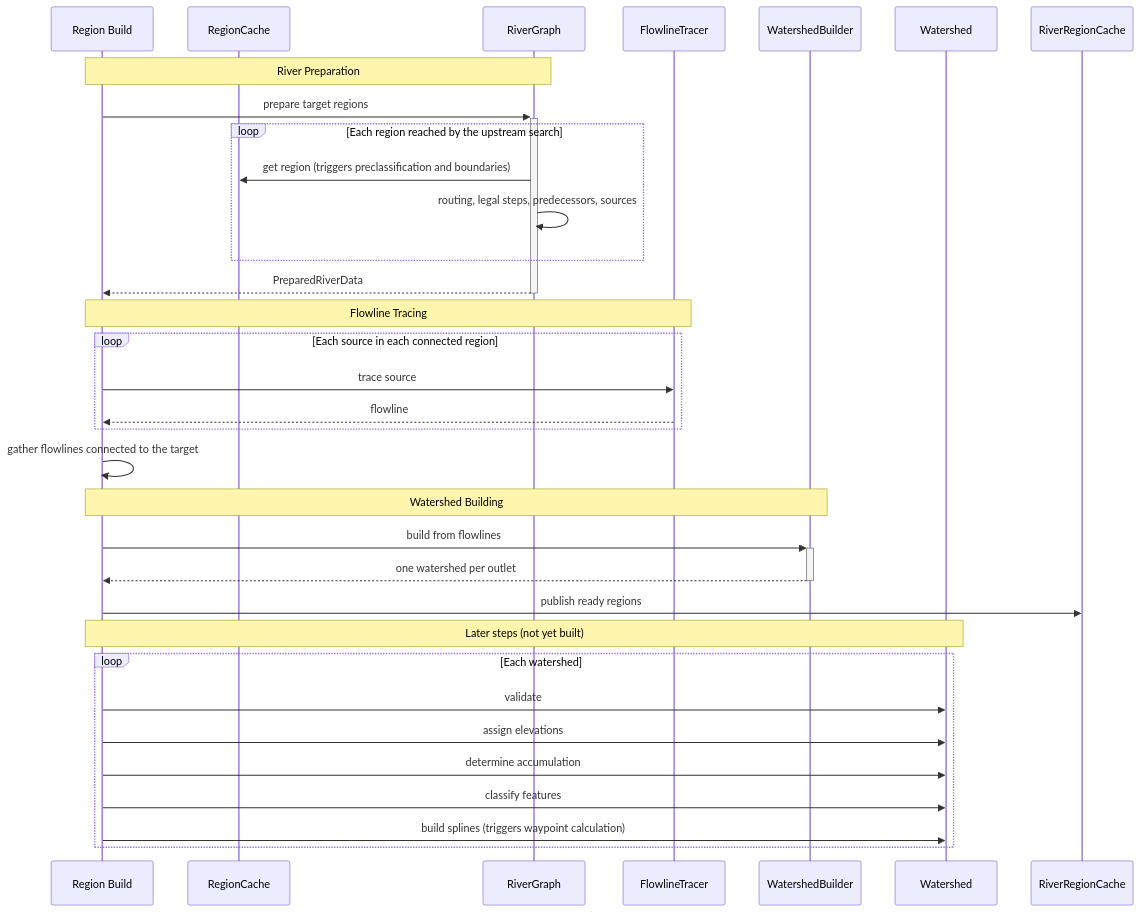
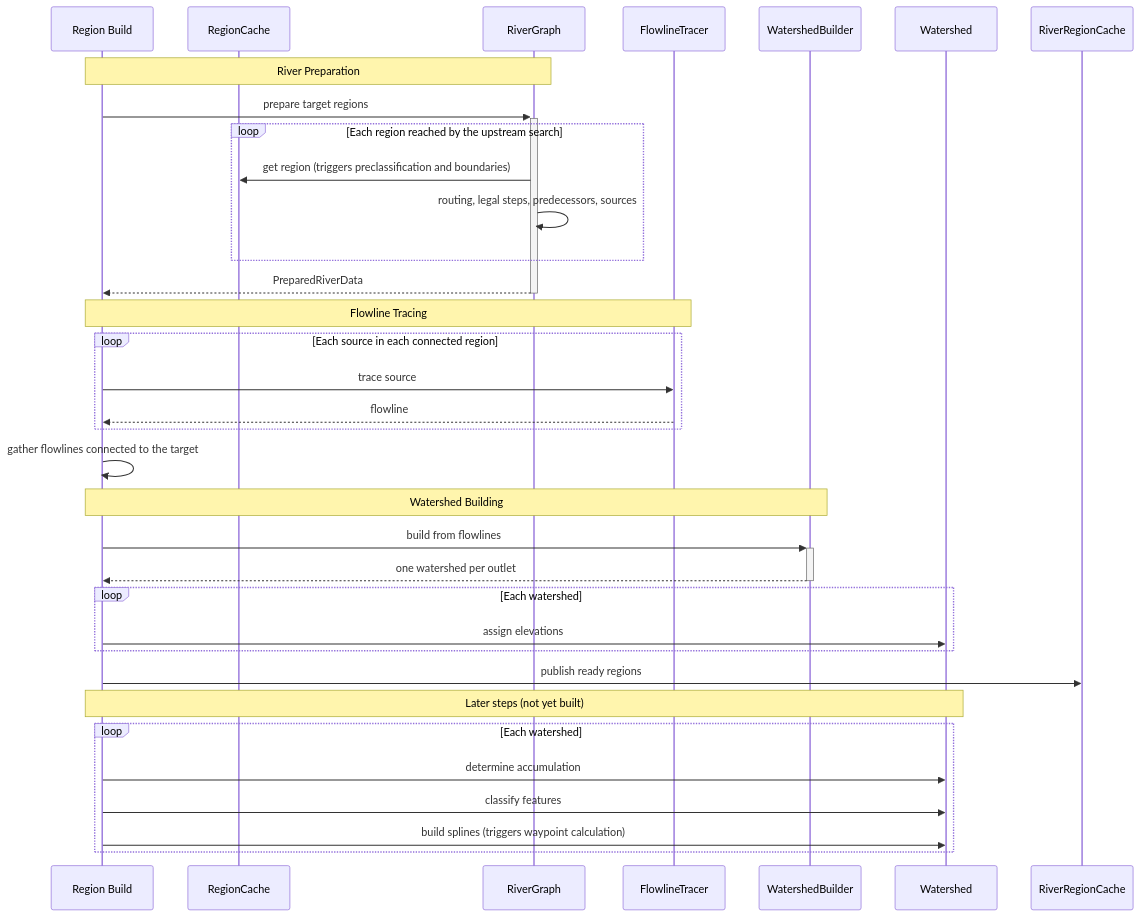
Before and after one commit to SoSly/RiverTale: the fourth of 20 diagrams in docs/features/rivers/Rough Diagrams.md, drawn with Mermaid. The commit also changed other lines of this file and 12 other files, not shown here.

Commit message:
feat: assign watershed elevations with a configurable minimum grade

````diff
--- a/docs/features/rivers/Rough Diagrams.md
+++ b/docs/features/rivers/Rough Diagrams.md
@@ -119,39 +119,41 @@
 ```mermaid
 sequenceDiagram
     participant Build as Region Build
     participant RegionCache
     participant RiverGraph
     participant FlowlineTracer
     participant WatershedBuilder
     participant Watershed
     participant RiverRegionCache
 
     Note over Build,RiverGraph: River Preparation
     Build ->>+ RiverGraph: prepare target regions
     loop Each region reached by the upstream search
         RiverGraph ->> RegionCache: get region (triggers preclassification and boundaries)
         RiverGraph ->> RiverGraph: routing, legal steps, predecessors, sources
     end
     RiverGraph -->>- Build: PreparedRiverData
 
     Note over Build,FlowlineTracer: Flowline Tracing
     loop Each source in each connected region
         Build ->> FlowlineTracer: trace source
         FlowlineTracer -->> Build: flowline
     end
     Build ->> Build: gather flowlines connected to the target
 
     Note over Build,WatershedBuilder: Watershed Building
     Build ->>+ WatershedBuilder: build from flowlines
     WatershedBuilder -->>- Build: one watershed per outlet
+
+    loop Each watershed
+        Build ->> Watershed: assign elevations
+    end
     Build ->> RiverRegionCache: publish ready regions
 
     Note over Build,Watershed: Later steps (not yet built)
     loop Each watershed
-        Build ->> Watershed: validate
-        Build ->> Watershed: assign elevations
         Build ->> Watershed: determine accumulation
         Build ->> Watershed: classify features
         Build ->> Watershed: build splines (triggers waypoint calculation)
     end
 ```
````
